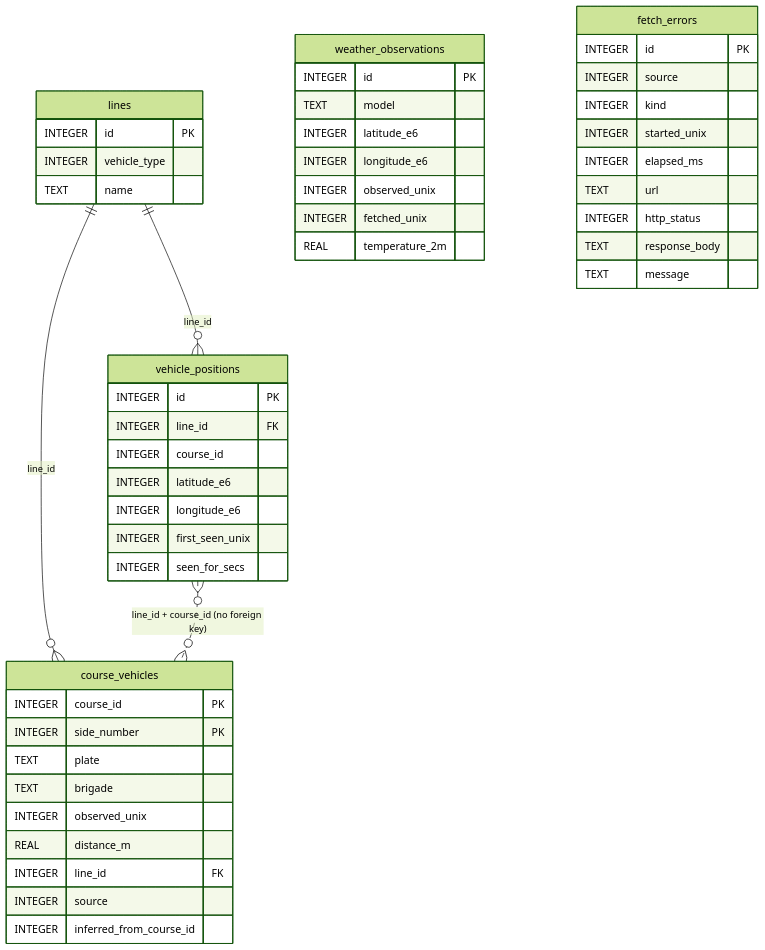
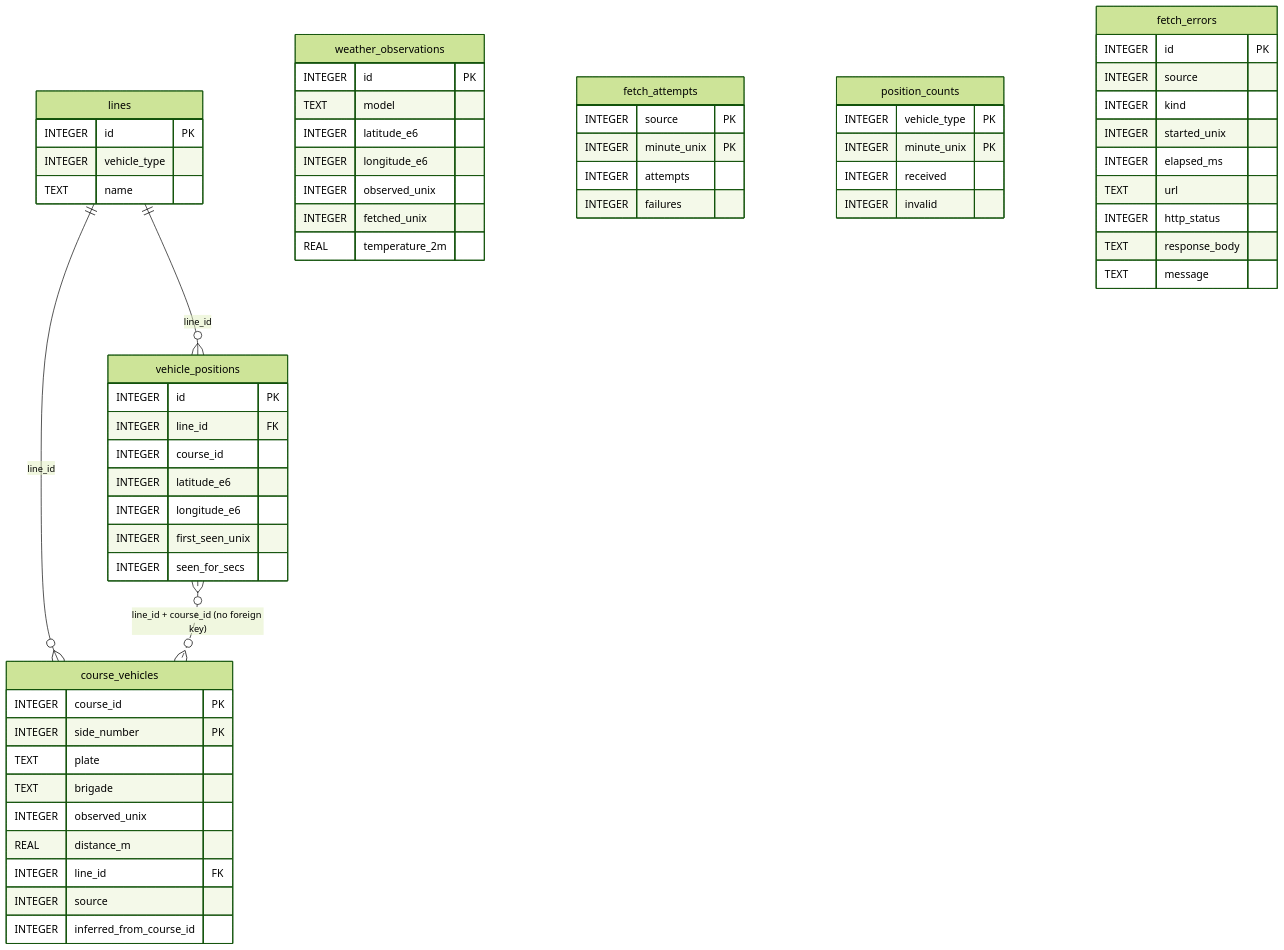
Before and after one commit to tumdum/mpk-history: the diagram in docs/database.md, drawn with Mermaid (forest theme). The commit also changed other lines of this file and 22 other files, not shown here.

````diff
--- a/docs/database.md
+++ b/docs/database.md
@@ -52,51 +53,63 @@
 ```mermaid
 erDiagram
     lines ||--o{ vehicle_positions : "line_id"
     lines ||--o{ course_vehicles : "line_id"
     vehicle_positions }o..o{ course_vehicles : "line_id + course_id (no foreign key)"
     lines {
         INTEGER id PK
         INTEGER vehicle_type
         TEXT name
     }
     vehicle_positions {
         INTEGER id PK
         INTEGER line_id FK
         INTEGER course_id
         INTEGER latitude_e6
         INTEGER longitude_e6
         INTEGER first_seen_unix
         INTEGER seen_for_secs
     }
     course_vehicles {
         INTEGER course_id PK
         INTEGER side_number PK
         TEXT plate
         TEXT brigade
         INTEGER observed_unix
         REAL distance_m
         INTEGER line_id FK
         INTEGER source
         INTEGER inferred_from_course_id
     }
     weather_observations {
         INTEGER id PK
         TEXT model
         INTEGER latitude_e6
         INTEGER longitude_e6
         INTEGER observed_unix
         INTEGER fetched_unix
         REAL temperature_2m
     }
+    fetch_attempts {
+        INTEGER source PK
+        INTEGER minute_unix PK
+        INTEGER attempts
+        INTEGER failures
+    }
+    position_counts {
+        INTEGER vehicle_type PK
+        INTEGER minute_unix PK
+        INTEGER received
+        INTEGER invalid
+    }
     fetch_errors {
         INTEGER id PK
         INTEGER source
         INTEGER kind
         INTEGER started_unix
         INTEGER elapsed_ms
         TEXT url
         INTEGER http_status
         TEXT response_body
         TEXT message
     }
 ```
````
